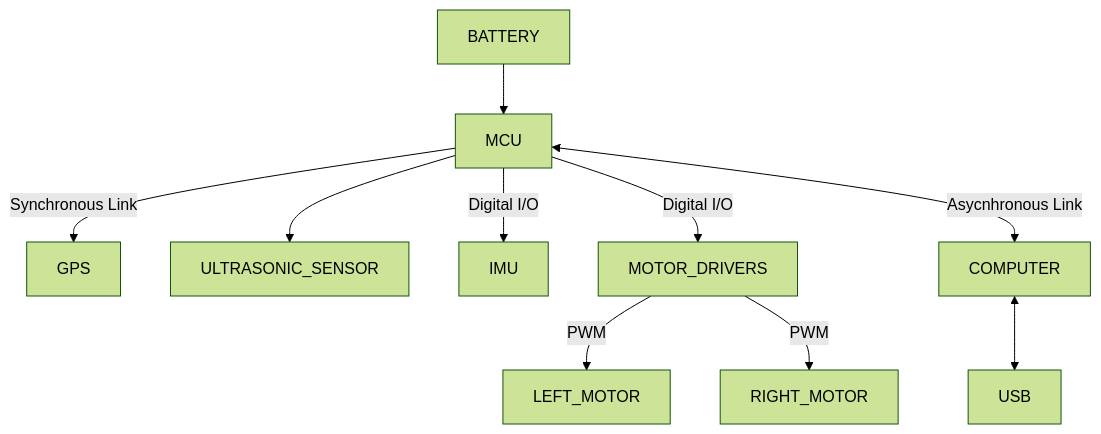
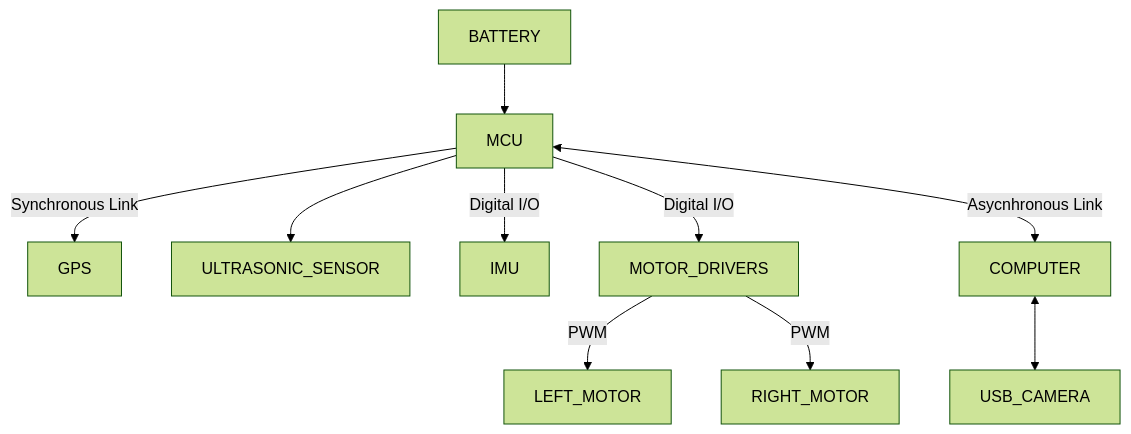
One commit to MelihCSE/tusmec-uav-ugv-heterogeneous-control changed the diagram in README.md. Above: the diagram before and after it, drawn with Mermaid (forest theme).

Commit message:
Rename CAMERA[USB] to USB_CAMERA in README

````diff
--- a/README.md
+++ b/README.md
@@ -12,12 +12,12 @@
 ```mermaid
 graph TD
   BATTERY --> MCU
   MCU -->|Synchronous Link| GPS
   MCU --> ULTRASONIC_SENSOR
   MCU -->|Digital I/O| IMU
   MCU -->|Digital I/O| MOTOR_DRIVERS
   MCU <-->|Asycnhronous Link| COMPUTER
-  COMPUTER <--> CAMERA[USB]
+  COMPUTER <--> USB_CAMERA
   MOTOR_DRIVERS -->|PWM| LEFT_MOTOR
   MOTOR_DRIVERS -->|PWM| RIGHT_MOTOR
 ```
````
